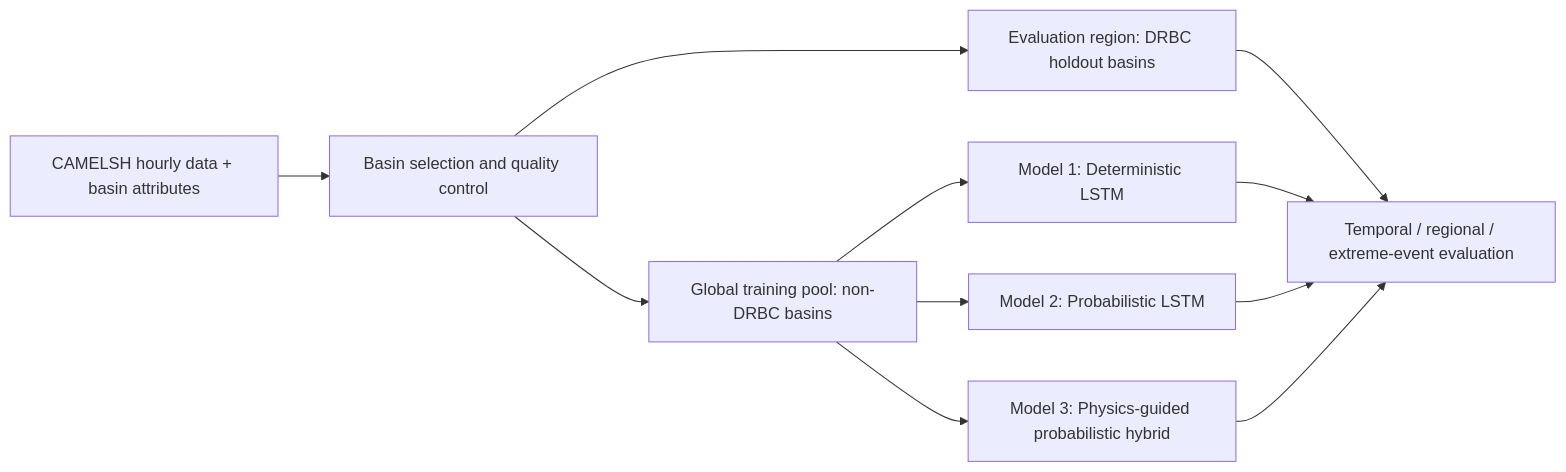
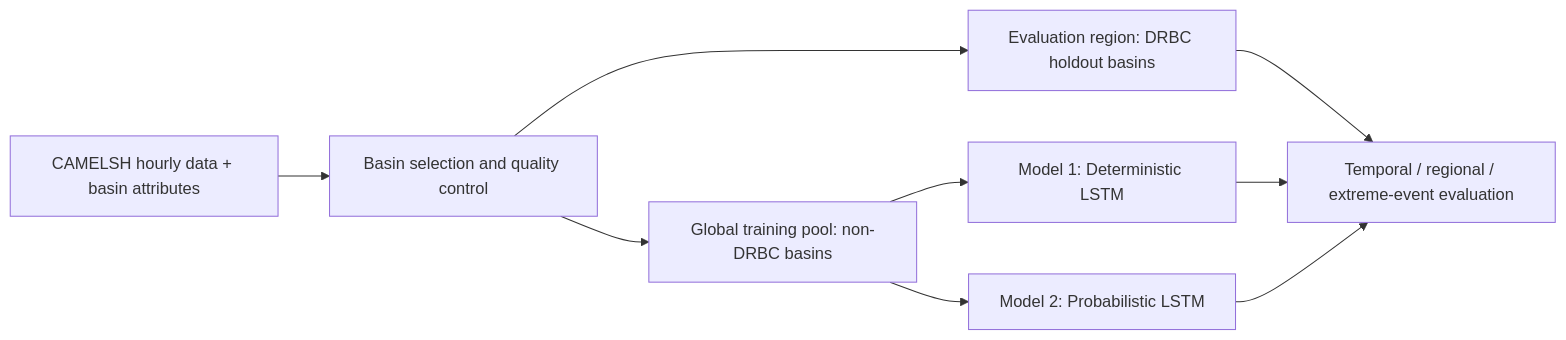
The first of 4 diagrams in docs/references/research-plan-extreme-flood-underestimation.md (mossyantler/flood-underestimation-lstm), drawn with Mermaid before and after one commit. The commit also changed other lines of this file and 21 other files, not shown here.

````diff
--- a/docs/references/research-plan-extreme-flood-underestimation.md
+++ b/docs/references/research-plan-extreme-flood-underestimation.md
@@ -59,13 +59,11 @@
 ```mermaid
 flowchart LR
   A["CAMELSH hourly data + basin attributes"] --> B["Basin selection and quality control"]
   B --> C["Global training pool: non-DRBC basins"]
   B --> D["Evaluation region: DRBC holdout basins"]
   C --> E["Model 1: Deterministic LSTM"]
   C --> F["Model 2: Probabilistic LSTM"]
-  C --> G["Model 3: Physics-guided probabilistic hybrid"]
   D --> H["Temporal / regional / extreme-event evaluation"]
   E --> H
   F --> H
-  G --> H
 ```
````
